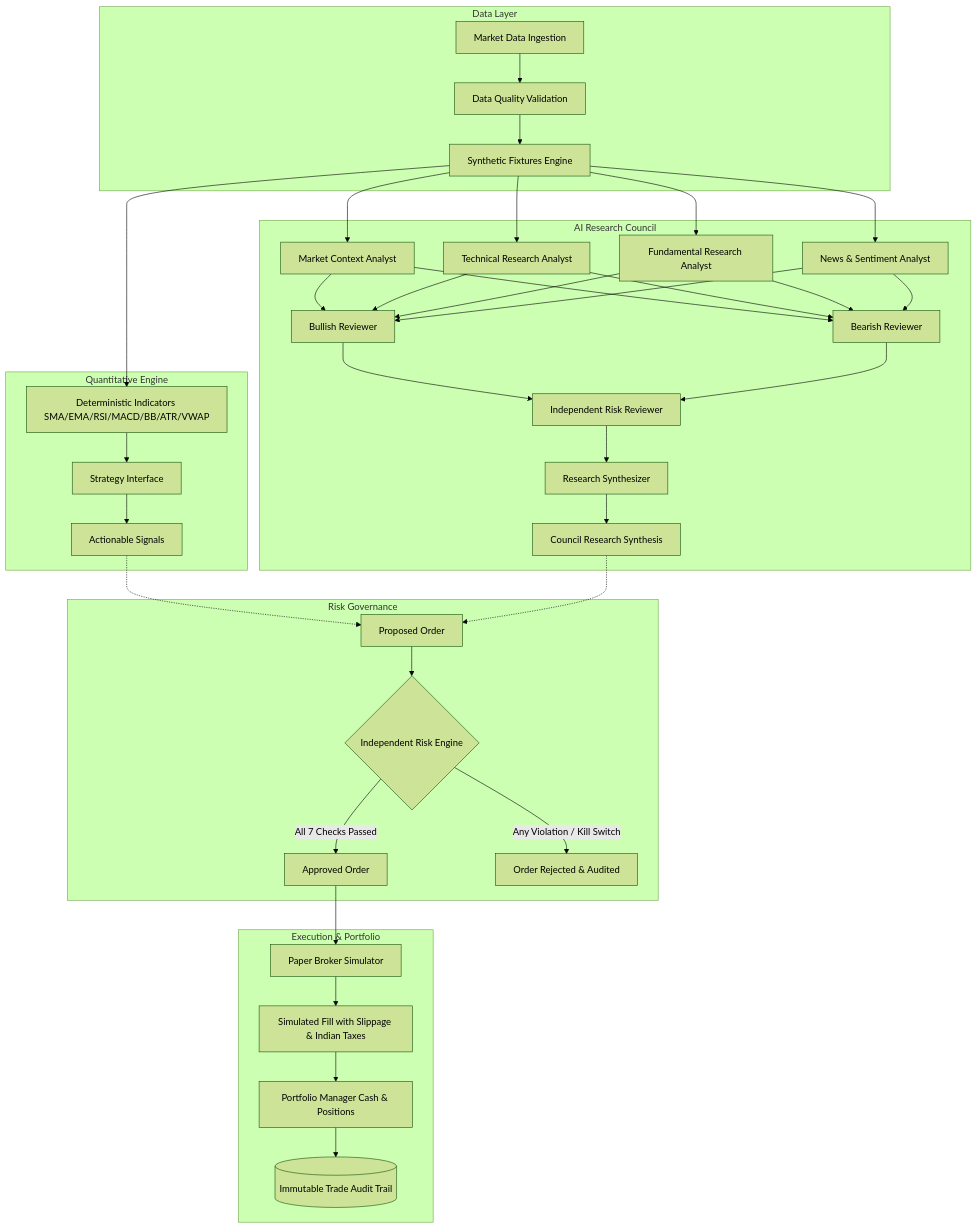
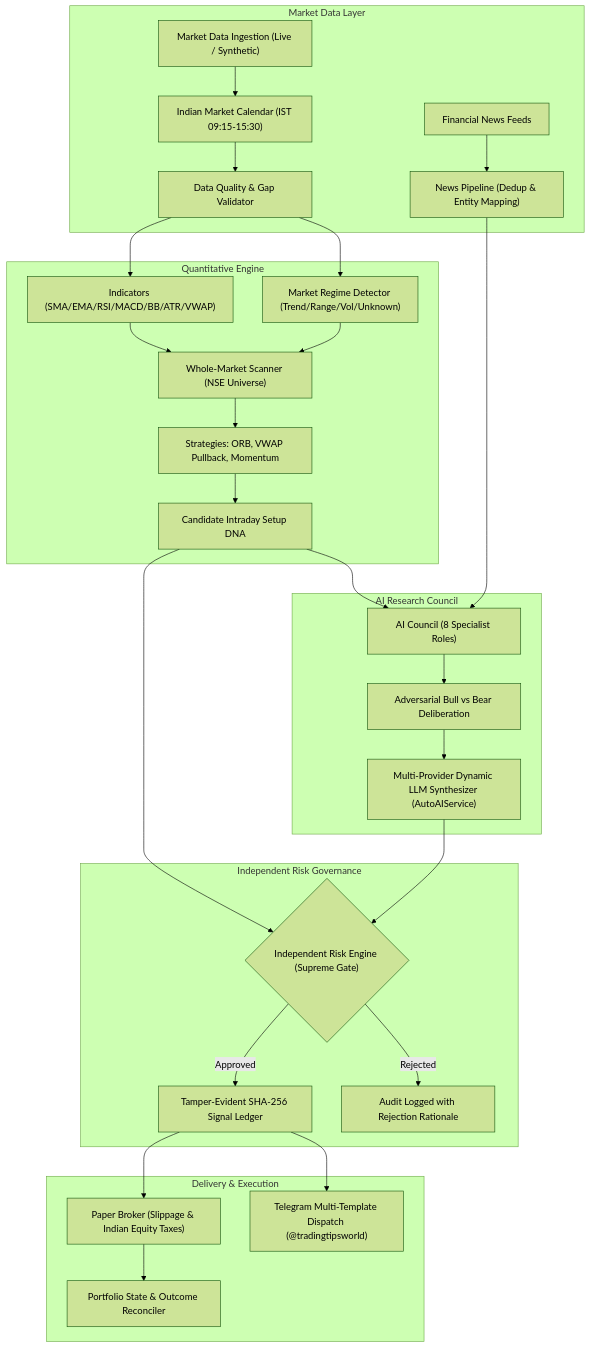
One commit to tradingtipsworld/indian-markets-quant-research changed the diagram in docs/architecture/SYSTEM_ARCHITECTURE.md. Above: the diagram before and after it, drawn with Mermaid (forest theme). The commit also changed other lines of this file and 51 other files, not shown here.

First line of the commit message:
feat: complete production-grade Indian market quant research platform (Phases 0-8)

````diff
--- a/docs/architecture/SYSTEM_ARCHITECTURE.md
+++ b/docs/architecture/SYSTEM_ARCHITECTURE.md
@@ -15,40 +13,34 @@
 ```mermaid
-graph TD
-    subgraph Data Layer
-        MDI[Market Data Ingestion] --> VLD[Data Quality Validation]
-        VLD --> SYN[Synthetic Fixtures Engine]
+flowchart TD
+    subgraph Market Data Layer
+        FEED["Market Data Ingestion (Live / Synthetic)"] --> CAL["Indian Market Calendar (IST 09:15-15:30)"]
+        CAL --> VLD["Data Quality & Gap Validator"]
+        NEWS["Financial News Feeds"] --> NP["News Pipeline (Dedup & Entity Mapping)"]
     end
 
     subgraph Quantitative Engine
-        SYN --> IND[Deterministic Indicators SMA/EMA/RSI/MACD/BB/ATR/VWAP]
-        IND --> STR[Strategy Interface]
-        STR --> SIG[Actionable Signals]
+        VLD --> REG["Market Regime Detector (Trend/Range/Vol/Unknown)"]
+        VLD --> IND["Indicators (SMA/EMA/RSI/MACD/BB/ATR/VWAP)"]
+        REG & IND --> SCAN["Whole-Market Scanner (NSE Universe)"]
+        SCAN --> STRATS["Strategies: ORB, VWAP Pullback, Momentum"]
+        STRATS --> CAND["Candidate Intraday Setup DNA"]
     end
 
     subgraph AI Research Council
-        SYN --> MAC[Market Context Analyst]
-        SYN --> TRA[Technical Research Analyst]
-        SYN --> FRA[Fundamental Research Analyst]
-        SYN --> NSA[News & Sentiment Analyst]
-        MAC & TRA & FRA & NSA --> BLR[Bullish Reviewer]
-        MAC & TRA & FRA & NSA --> BRR[Bearish Reviewer]
-        BLR & BRR --> IRR[Independent Risk Reviewer]
-        IRR --> SYNTH[Research Synthesizer]
-        SYNTH --> RPT[Council Research Synthesis]
+        CAND & NP --> COUNCIL["AI Council (8 Specialist Roles)"]
+        COUNCIL --> DEBATE["Adversarial Bull vs Bear Deliberation"]
+        DEBATE --> SYNTH["Multi-Provider Dynamic LLM Synthesizer (AutoAIService)"]
     end
 
-    subgraph Risk Governance
-        SIG -.-> PRO[Proposed Order]
-        RPT -.-> PRO
-        PRO --> RISK{Independent Risk Engine}
-        RISK -->|All 7 Checks Passed| APPR[Approved Order]
-        RISK -->|Any Violation / Kill Switch| REJ[Order Rejected & Audited]
+    subgraph Independent Risk Governance
+        SYNTH & CAND --> RISK{"Independent Risk Engine (Supreme Gate)"}
+        RISK -- "Rejected" --> REJ["Audit Logged with Rejection Rationale"]
+        RISK -- "Approved" --> LEDGER["Tamper-Evident SHA-256 Signal Ledger"]
     end
 
-    subgraph Execution & Portfolio
-        APPR --> BROKER[Paper Broker Simulator]
-        BROKER --> FILL[Simulated Fill with Slippage & Indian Taxes]
-        FILL --> PORT[Portfolio Manager Cash & Positions]
-        PORT --> AUDIT[(Immutable Trade Audit Trail)]
+    subgraph Delivery & Execution
+        LEDGER --> TG["Telegram Multi-Template Dispatch (@tradingtipsworld)"]
+        LEDGER --> PAPER["Paper Broker (Slippage & Indian Equity Taxes)"]
+        PAPER --> PORT["Portfolio State & Outcome Reconciler"]
     end
 ```
````
